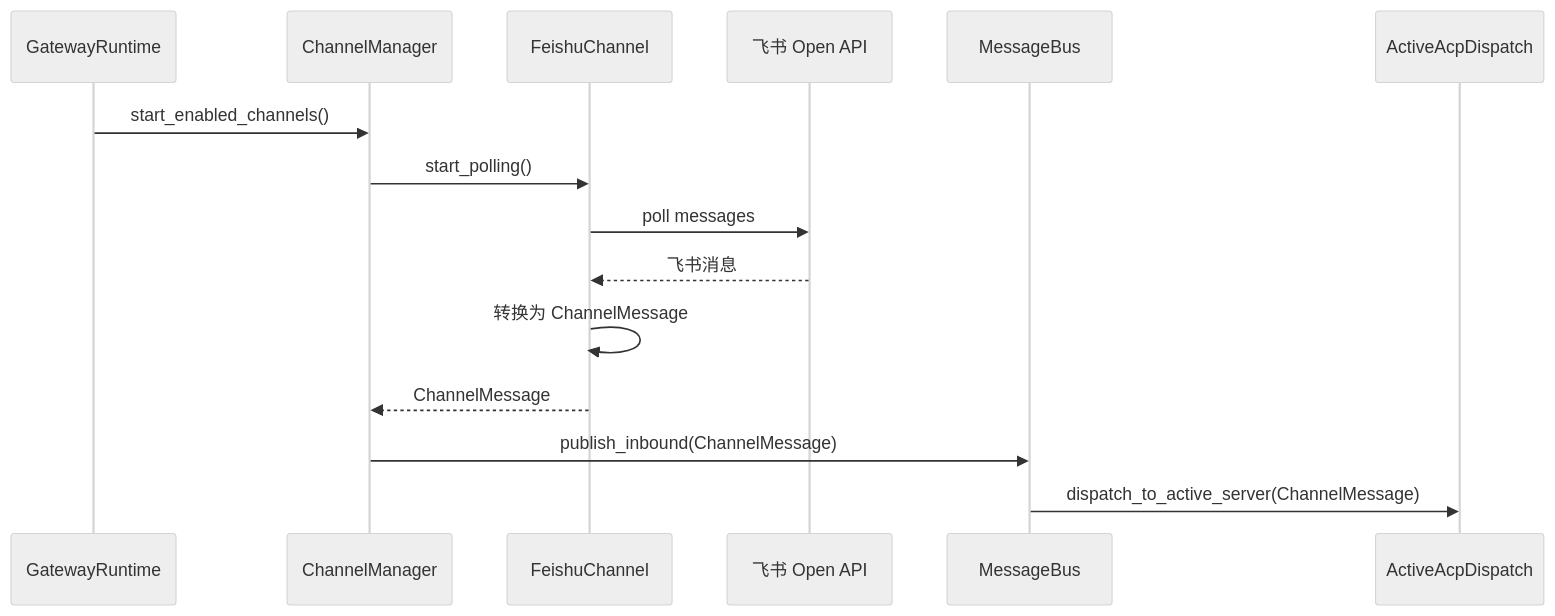
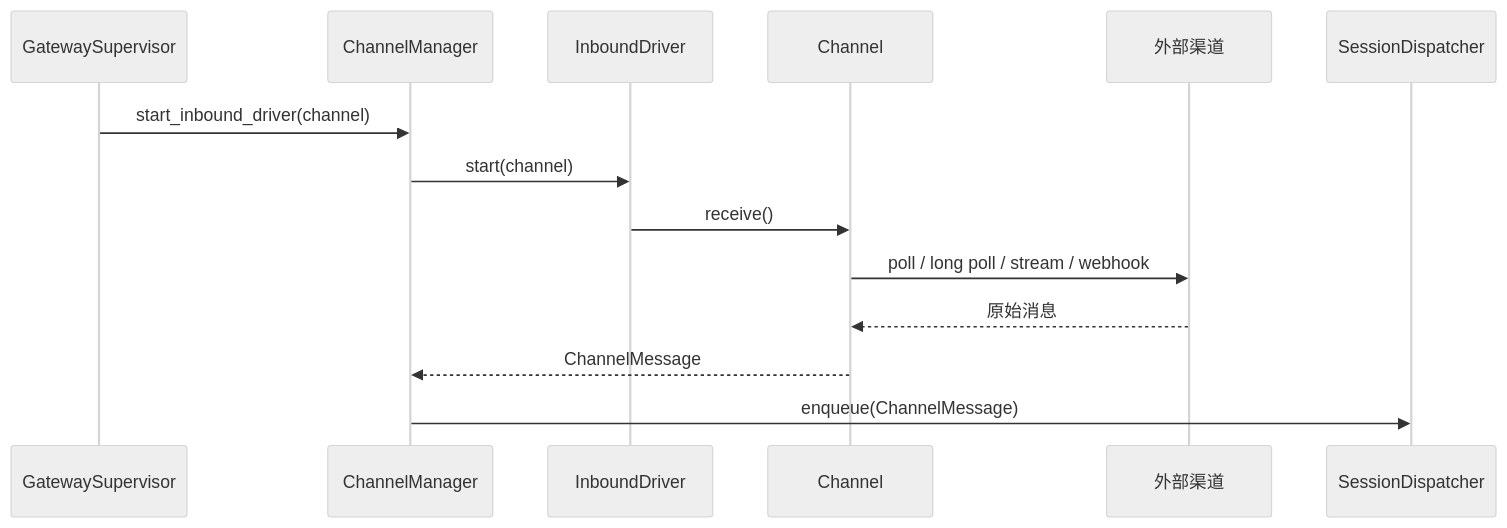
Before and after one commit to zhuxining/MindClaw: the second of 3 diagrams in docs/architecture/10-channel-gateway.md, drawn with Mermaid (neutral theme). The commit also changed other lines of this file and 17 other files, not shown here.

First line of the commit message:
feat: add event bus for runtime events and message processing

````diff
--- a/docs/architecture/10-channel-gateway.md
+++ b/docs/architecture/10-channel-gateway.md
@@ -80,18 +79,17 @@
 ```mermaid
 sequenceDiagram
-    participant RT as GatewayRuntime
+    participant GS as GatewaySupervisor
     participant CM as ChannelManager
-    participant FC as FeishuChannel
-    participant FS as 飞书 Open API
-    participant MB as MessageBus
-    participant AD as ActiveAcpDispatch
+    participant DR as InboundDriver
+    participant CH as Channel
+    participant EXT as 外部渠道
+    participant SD as SessionDispatcher
 
-    RT->>CM: start_enabled_channels()
-    CM->>FC: start_polling()
-    FC->>FS: poll messages
-    FS-->>FC: 飞书消息
-    FC->>FC: 转换为 ChannelMessage
-    FC-->>CM: ChannelMessage
-    CM->>MB: publish_inbound(ChannelMessage)
-    MB->>AD: dispatch_to_active_server(ChannelMessage)
+    GS->>CM: start_inbound_driver(channel)
+    CM->>DR: start(channel)
+    DR->>CH: receive()
+    CH->>EXT: poll / long poll / stream / webhook
+    EXT-->>CH: 原始消息
+    CH-->>CM: ChannelMessage
+    CM->>SD: enqueue(ChannelMessage)
 ```
````
